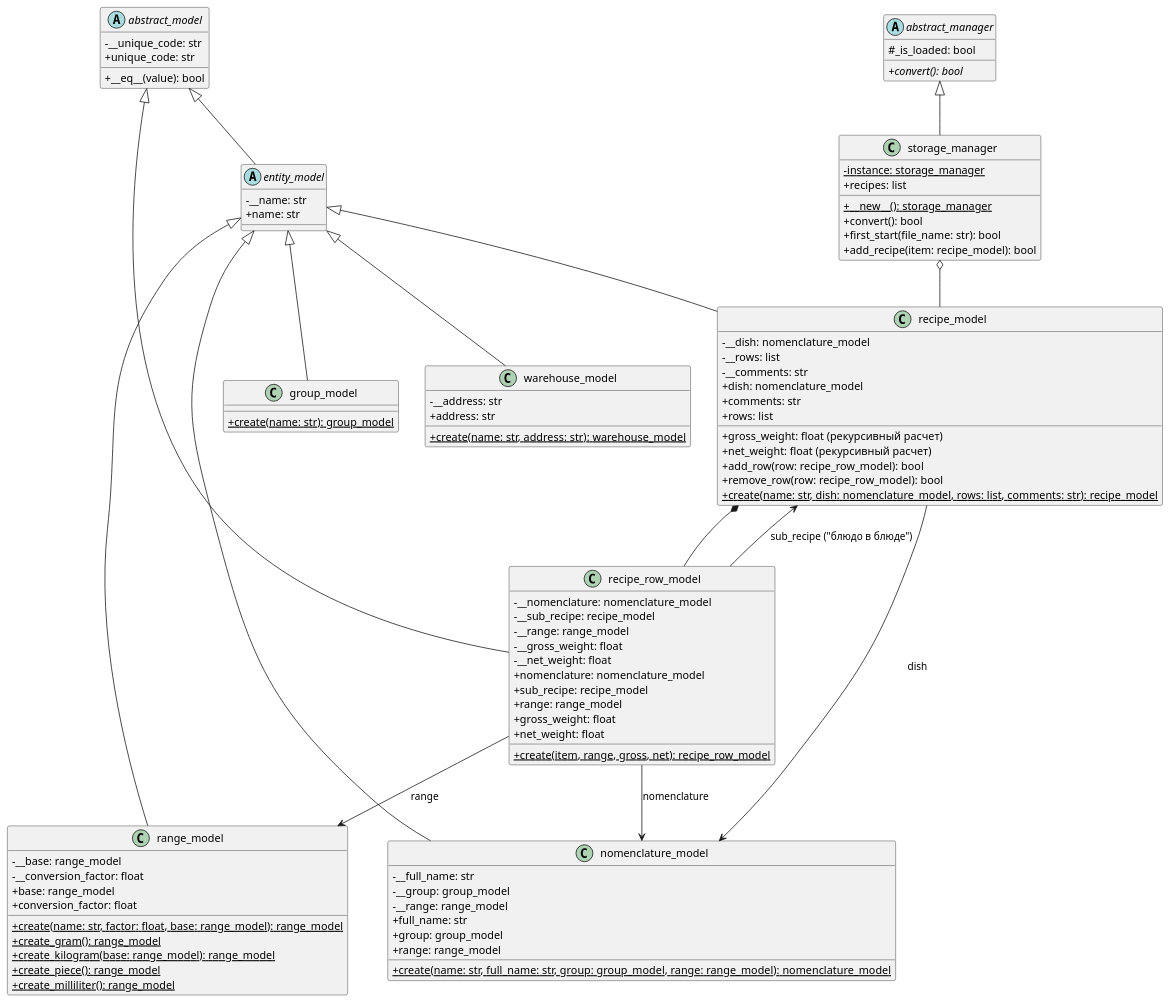
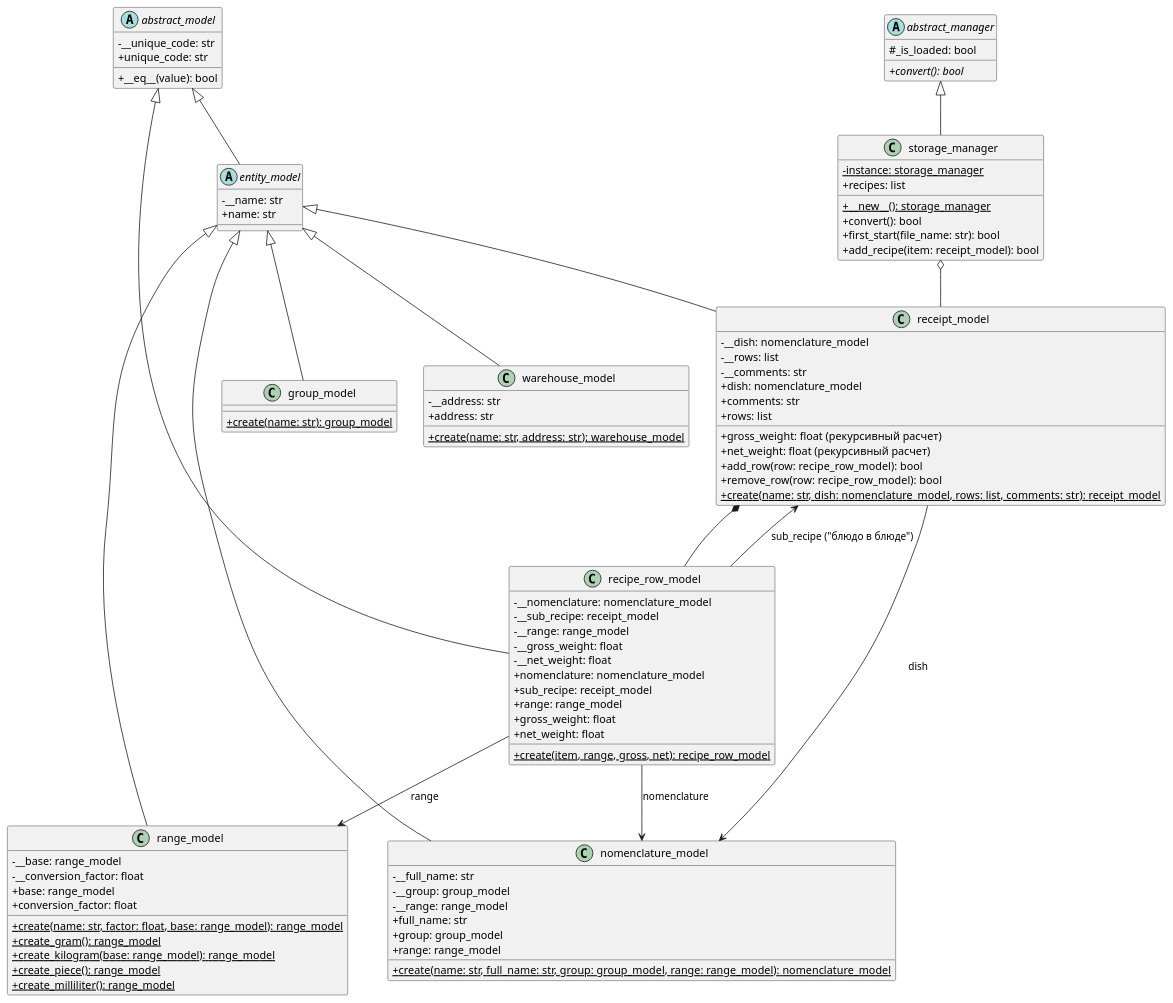
One commit to Hikaru-Hrn/Patterns2026_YM changed the second of 4 diagrams in _docs/UML_diagrams.md. Above: the diagram before and after it, drawn with PlantUML. The commit also changed other lines of this file, not shown here.

````diff
--- a/_docs/UML_diagrams.md
+++ b/_docs/UML_diagrams.md
@@ -216,19 +216,19 @@
 
 class recipe_row_model {
     - __nomenclature: nomenclature_model
-    - __sub_recipe: recipe_model
+    - __sub_recipe: receipt_model
     - __range: range_model
     - __gross_weight: float
     - __net_weight: float
     + nomenclature: nomenclature_model
-    + sub_recipe: recipe_model
+    + sub_recipe: receipt_model
     + range: range_model
     + gross_weight: float
     + net_weight: float
     + {static} create(item, range, gross, net): recipe_row_model
 }
 
-class recipe_model {
+class receipt_model {
     - __dish: nomenclature_model
     - __rows: list
     - __comments: str
@@ -239,7 +239,7 @@
     + net_weight: float (рекурсивный расчет)
     + add_row(row: recipe_row_model): bool
     + remove_row(row: recipe_row_model): bool
-    + {static} create(name: str, dish: nomenclature_model, rows: list, comments: str): recipe_model
+    + {static} create(name: str, dish: nomenclature_model, rows: list, comments: str): receipt_model
 }
 
 abstract class abstract_manager {
@@ -252,7 +252,7 @@
     + {static} __new__(): storage_manager
     + convert(): bool
     + first_start(file_name: str): bool
-    + add_recipe(item: recipe_model): bool
+    + add_recipe(item: receipt_model): bool
     + recipes: list
 }
 
@@ -262,15 +262,15 @@
 entity_model <|-- range_model
 entity_model <|-- group_model
 entity_model <|-- nomenclature_model
-entity_model <|-- recipe_model
+entity_model <|-- receipt_model
 
 abstract_manager <|-- storage_manager
 
-recipe_model *-- recipe_row_model
-recipe_model --> nomenclature_model : dish
+receipt_model *-- recipe_row_model
+receipt_model --> nomenclature_model : dish
 recipe_row_model --> nomenclature_model : nomenclature
-recipe_row_model --> recipe_model : sub_recipe ("блюдо в блюде")
+recipe_row_model --> receipt_model : sub_recipe ("блюдо в блюде")
 recipe_row_model --> range_model : range
-storage_manager o-- recipe_model
+storage_manager o-- receipt_model
 @enduml
 ```
````
